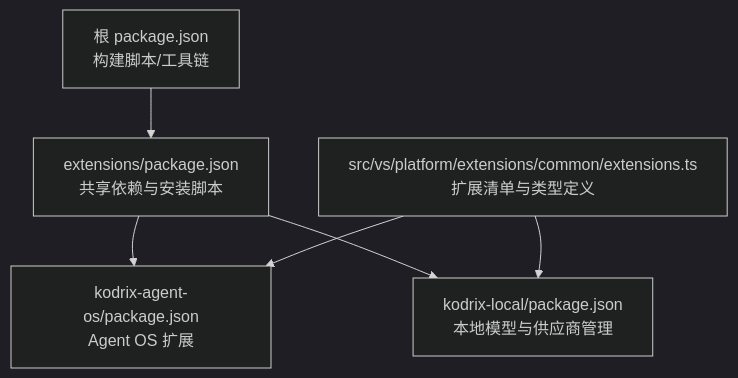
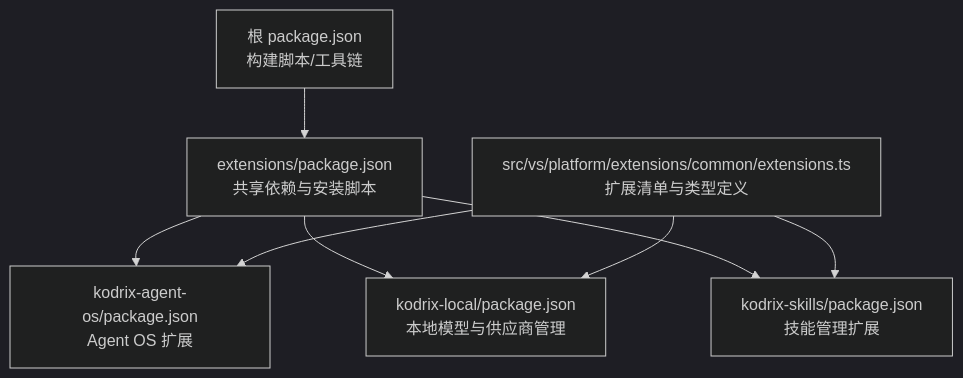
One commit to sofate798/KodrixCode changed the first of 8 diagrams in .qoder/repowiki/zh/content/扩展开发/扩展开发.md. Above: the diagram before and after it, drawn with Mermaid (dark theme). The commit also changed other lines of this file and 84 other files, not shown here.

````diff
--- a/.qoder/repowiki/zh/content/扩展开发/扩展开发.md
+++ b/.qoder/repowiki/zh/content/扩展开发/扩展开发.md
@@ -35,8 +45,10 @@
 ```mermaid
 graph TB
 A["根 package.json<br/>构建脚本/工具链"] --> B["extensions/package.json<br/>共享依赖与安装脚本"]
 B --> C["kodrix-agent-os/package.json<br/>Agent OS 扩展"]
 B --> D["kodrix-local/package.json<br/>本地模型与供应商管理"]
-E["src/vs/platform/extensions/common/extensions.ts<br/>扩展清单与类型定义"] --> C
-E --> D
+B --> E["kodrix-skills/package.json<br/>技能管理扩展"]
+F["src/vs/platform/extensions/common/extensions.ts<br/>扩展清单与类型定义"] --> C
+F --> D
+F --> E
 ```
````
